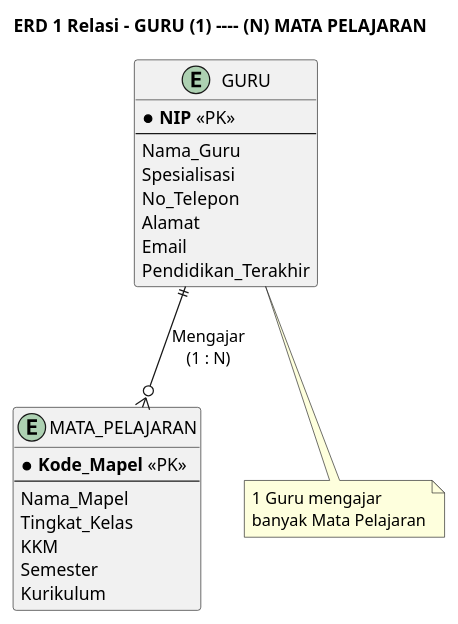
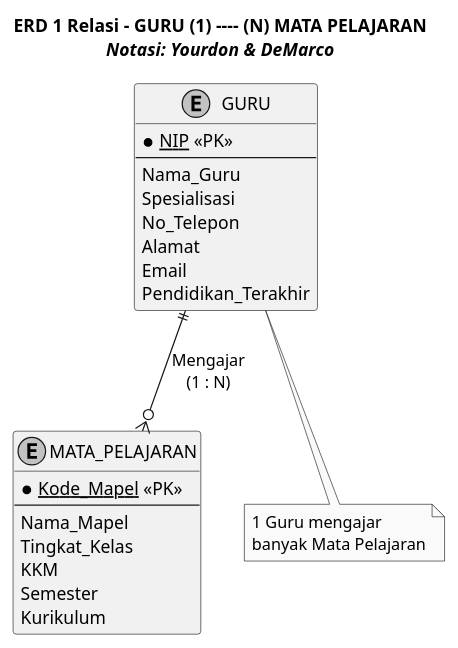
Before and after one commit to Aruh1/sias: the diagram in plantuml/erd_1_relasi.puml, drawn with PlantUML. The commit also changed 15 other files, not shown here.

Commit message:
update to Yourdon/DeMarco

```diff
--- a/plantuml/erd_1_relasi.puml
+++ b/plantuml/erd_1_relasi.puml
@@ -1,44 +1,46 @@
 @startuml ERD_1_Relasi
 ' ERD 1 Relasi - GURU (1:N) MATA_PELAJARAN
+' Notasi: Yourdon & DeMarco (Chen-style ERD)
 
 skinparam backgroundColor white
 skinparam defaultFontColor black
 skinparam defaultFontName Arial
+skinparam monochrome true
 
-title **ERD 1 Relasi - GURU (1) ---- (N) MATA PELAJARAN**
+title **ERD 1 Relasi - GURU (1) ---- (N) MATA PELAJARAN**\n//Notasi: Yourdon & DeMarco//
 
 skinparam entity {
-    BackgroundColor #dbeafe
-    BorderColor #2563eb
+    BackgroundColor white
+    BorderColor black
     FontSize 13
 }
 
 entity "GURU" as GURU {
-    * **NIP** <<PK>>
+    * <u>NIP</u> <<PK>>
     --
     Nama_Guru
     Spesialisasi
     No_Telepon
     Alamat
     Email
     Pendidikan_Terakhir
 }
 
 entity "MATA_PELAJARAN" as MAPEL {
-    * **Kode_Mapel** <<PK>>
+    * <u>Kode_Mapel</u> <<PK>>
     --
     Nama_Mapel
     Tingkat_Kelas
     KKM
     Semester
     Kurikulum
 }
 
 GURU ||--o{ MAPEL : "Mengajar\n(1 : N)"
 
 note bottom of GURU
     1 Guru mengajar
     banyak Mata Pelajaran
 end note
 
 @enduml
```
